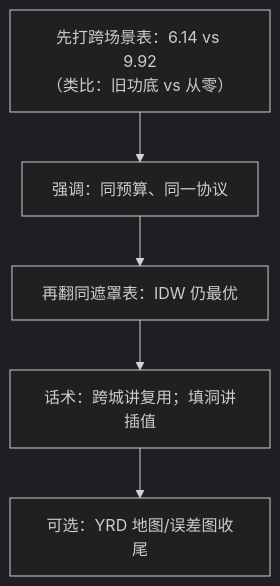
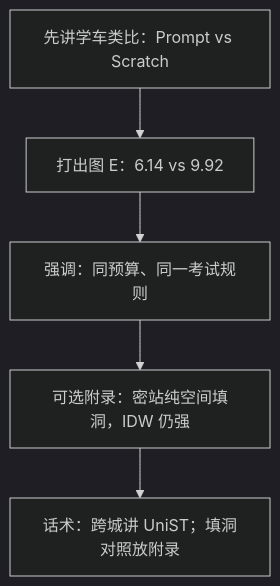
The fourth of 4 diagrams in docs/阶段2-技术演示文稿.md (dxy123-dxy/EDA-Toolkit), drawn with Mermaid (dark theme) before and after one commit. The commit also changed other lines of this file and 11 other files, not shown here.

````diff
--- a/docs/阶段2-技术演示文稿.md
+++ b/docs/阶段2-技术演示文稿.md
@@ -315,7 +284,7 @@
 ```mermaid
 flowchart TD
-  A["先打跨场景表：6.14 vs 9.92<br/>（类比：旧功底 vs 从零）"] --> B["强调：同预算、同一协议"]
-  B --> C["再翻同遮罩表：IDW 仍最优"]
-  C --> D["话术：跨城讲复用；填洞讲插值"]
-  D --> E["可选：YRD 地图/误差图收尾"]
+  A["先讲学车类比：Prompt vs Scratch"] --> B["打出图 E：6.14 vs 9.92"]
+  B --> C["强调：同预算、同一考试规则"]
+  C --> D["可选附录：密站纯空间填洞，IDW 仍强"]
+  D --> E["话术：跨城讲 UniST；填洞对照放附录"]
 ```
````
